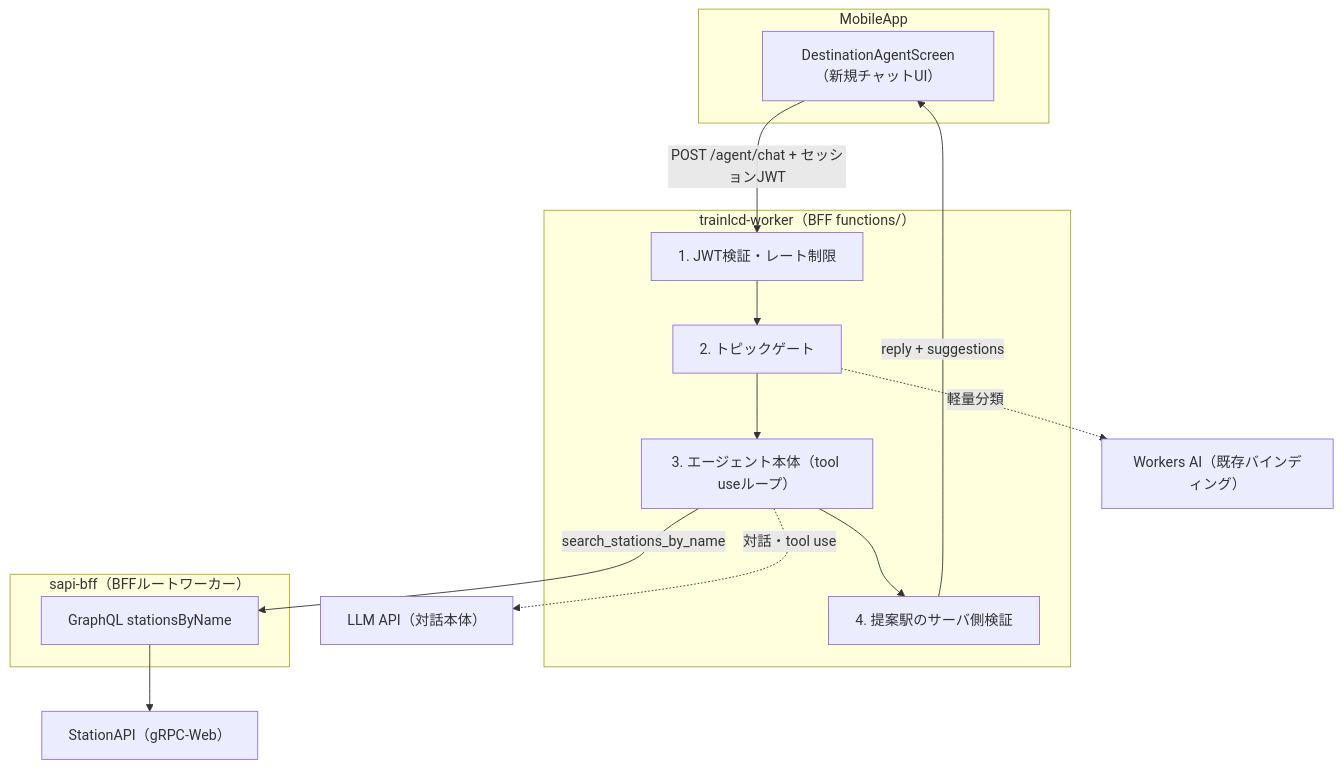
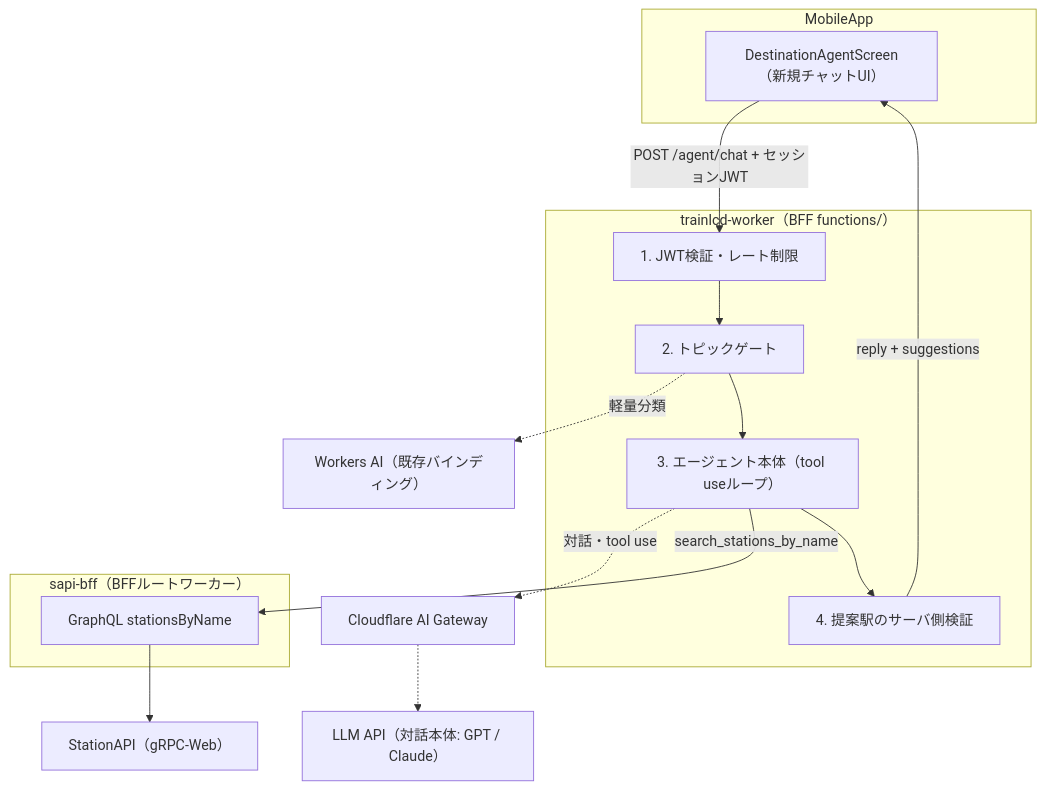
The first of 2 diagrams in docs/spec/ai-agent/design.md (TrainLCD/MobileApp), drawn with Mermaid before and after one commit. The commit also changed other lines of this file, not shown here.

````diff
--- a/docs/spec/ai-agent/design.md
+++ b/docs/spec/ai-agent/design.md
@@ -79,32 +79,34 @@
 ```mermaid
 flowchart TB
   subgraph app["MobileApp"]
     screen["DestinationAgentScreen（新規チャットUI）"]
   end
 
   subgraph worker["trainlcd-worker（BFF functions/）"]
     auth["1. JWT検証・レート制限"]
     gate["2. トピックゲート"]
     agent["3. エージェント本体（tool useループ）"]
     validate["4. 提案駅のサーバ側検証"]
   end
 
   wai["Workers AI（既存バインディング）"]
-  llm["LLM API（対話本体）"]
+  gw["Cloudflare AI Gateway"]
+  llm["LLM API（対話本体: GPT / Claude）"]
 
   subgraph bff["sapi-bff（BFFルートワーカー）"]
     gql["GraphQL stationsByName"]
   end
 
   sapi["StationAPI（gRPC-Web）"]
 
   screen -- "POST /agent/chat + セッションJWT" --> auth
   auth --> gate
   gate -. "軽量分類" .-> wai
   gate --> agent
-  agent -. "対話・tool use" .-> llm
+  agent -. "対話・tool use" .-> gw
+  gw -.-> llm
   agent -- "search_stations_by_name" --> gql
   gql --> sapi
   agent --> validate
   validate -- "reply + suggestions" --> screen
 ```
````
